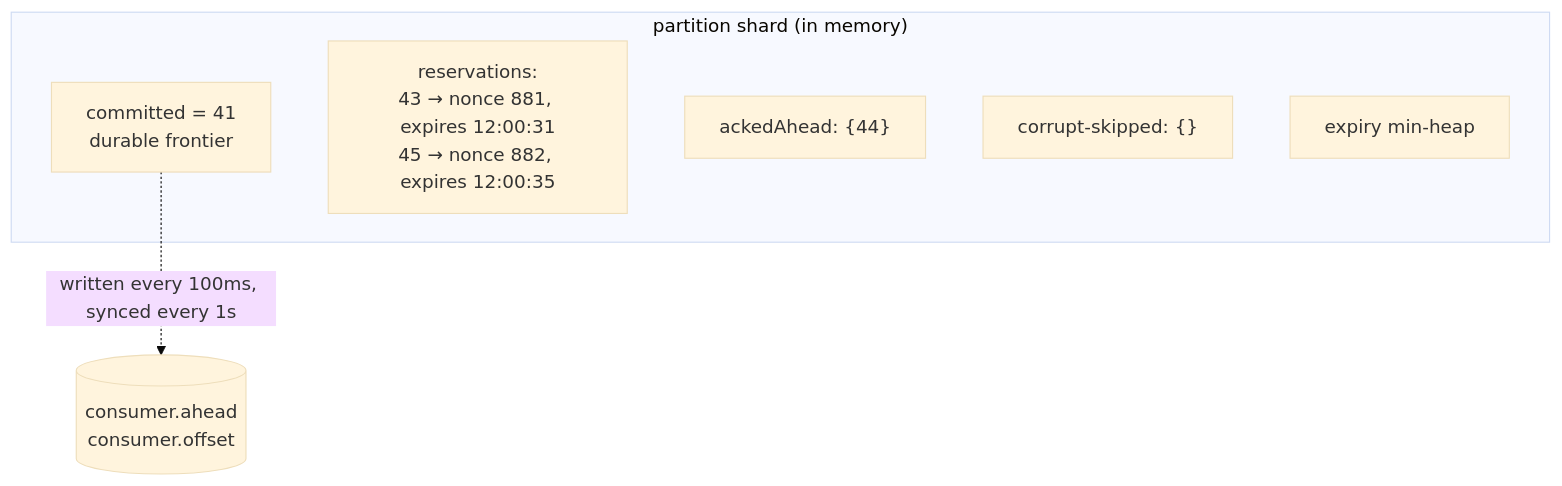
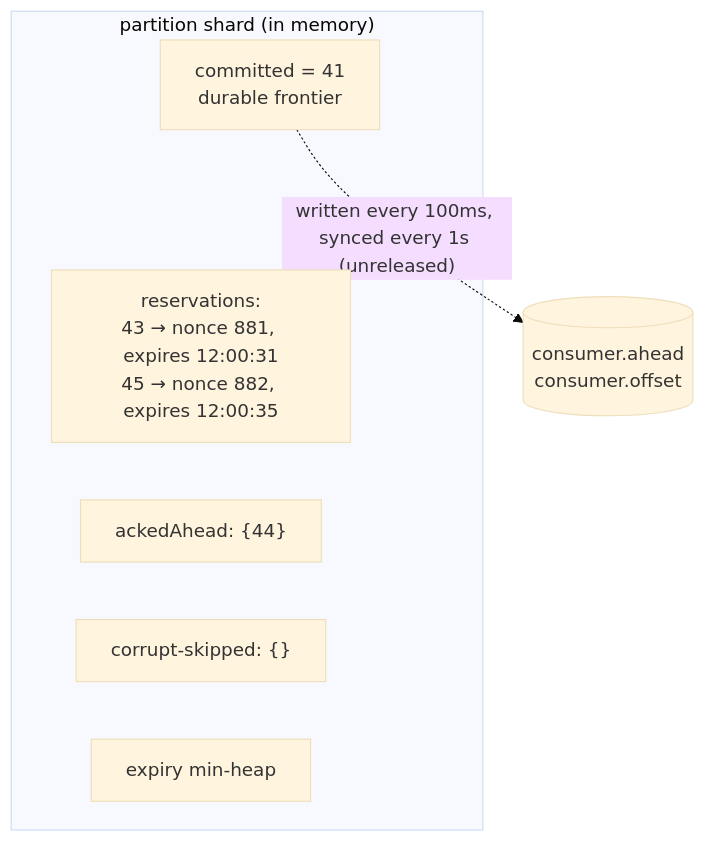
Before and after one commit to DebanganThakuria/narad: the first of 4 diagrams in docs/understand/consume-path.md, drawn with Mermaid (base theme). The commit also changed other lines of this file and 44 other files, not shown here.

````diff
--- a/docs/understand/consume-path.md
+++ b/docs/understand/consume-path.md
@@ -24,13 +24,14 @@
 ```mermaid
 flowchart TB
     accTitle: One partition's shard of the in-flight table
     accDescr: In memory, a partition shard holds the committed frontier, the reservations with their nonces and expiry times, the set of offsets acked ahead of a gap, the corrupt-skipped set and an expiry min-heap. The committed frontier and the acked-ahead set are written to the consumer.ahead and consumer.offset files every 100 ms and synced every second.
     subgraph shard["partition shard (in memory)"]
         committed["committed = 41<br/>durable frontier"]
         entries["reservations:<br/>43 → nonce 881, expires 12:00:31<br/>45 → nonce 882, expires 12:00:35"]
         ahead["ackedAhead: {44}"]
         corrupt["corrupt-skipped: {}"]
         heap["expiry min-heap"]
+        committed ~~~ entries ~~~ ahead ~~~ corrupt ~~~ heap
     end
-    committed -.->|"written every 100ms, synced every 1s"| file[("consumer.ahead<br/>consumer.offset")]
+    committed -.->|"written every 100ms, synced every 1s (unreleased)"| file[("consumer.ahead<br/>consumer.offset")]
 ```
````
